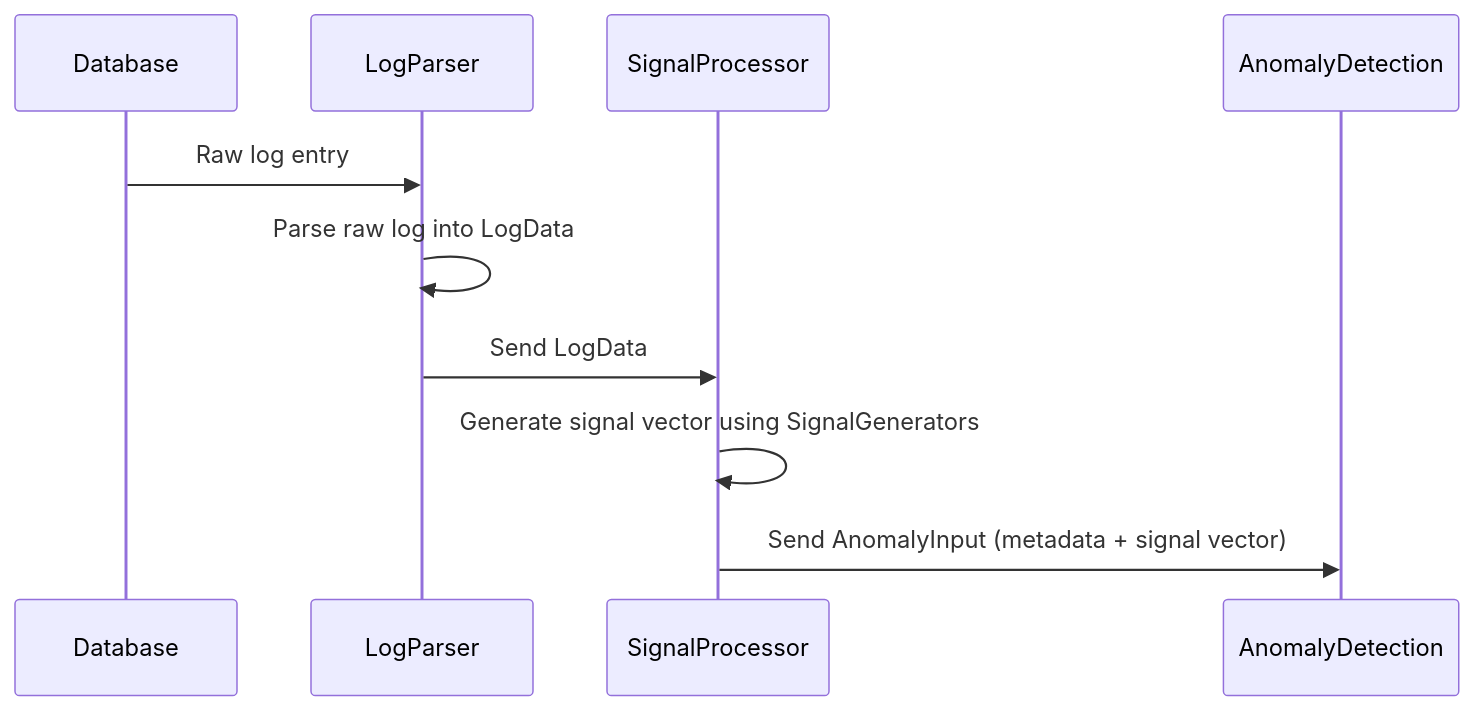
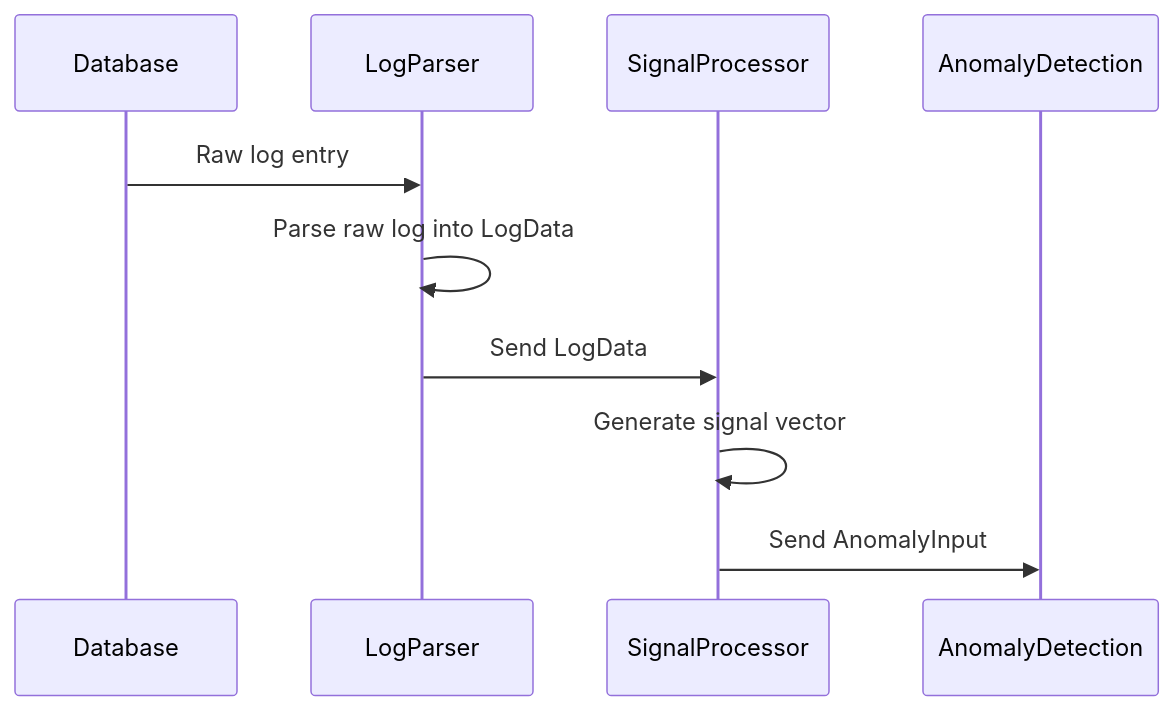
Before and after one commit to brandonbryant12/log-singal-processor: the second of 2 diagrams in readme.md, drawn with Mermaid. The commit also changed other lines of this file, not shown here.

Commit message:
fix diagrams

````diff
--- a/readme.md
+++ b/readme.md
@@ -73,13 +73,13 @@
 ```mermaid
 sequenceDiagram
-    participant Database
-    participant LogParser
-    participant SignalProcessor
-    participant AnomalyDetection
+    participant DB as Database
+    participant LP as LogParser
+    participant SP as SignalProcessor
+    participant AD as AnomalyDetection
 
-    Database->>LogParser: Raw log entry
-    LogParser->>LogParser: Parse raw log into LogData
-    LogParser->>SignalProcessor: Send LogData
-    SignalProcessor->>SignalProcessor: Generate signal vector using SignalGenerators
-    SignalProcessor->>AnomalyDetection: Send AnomalyInput (metadata + signal vector)
+    DB->>LP: Raw log entry
+    LP->>LP: Parse raw log into LogData
+    LP->>SP: Send LogData
+    SP->>SP: Generate signal vector
+    SP->>AD: Send AnomalyInput
 ```
````
